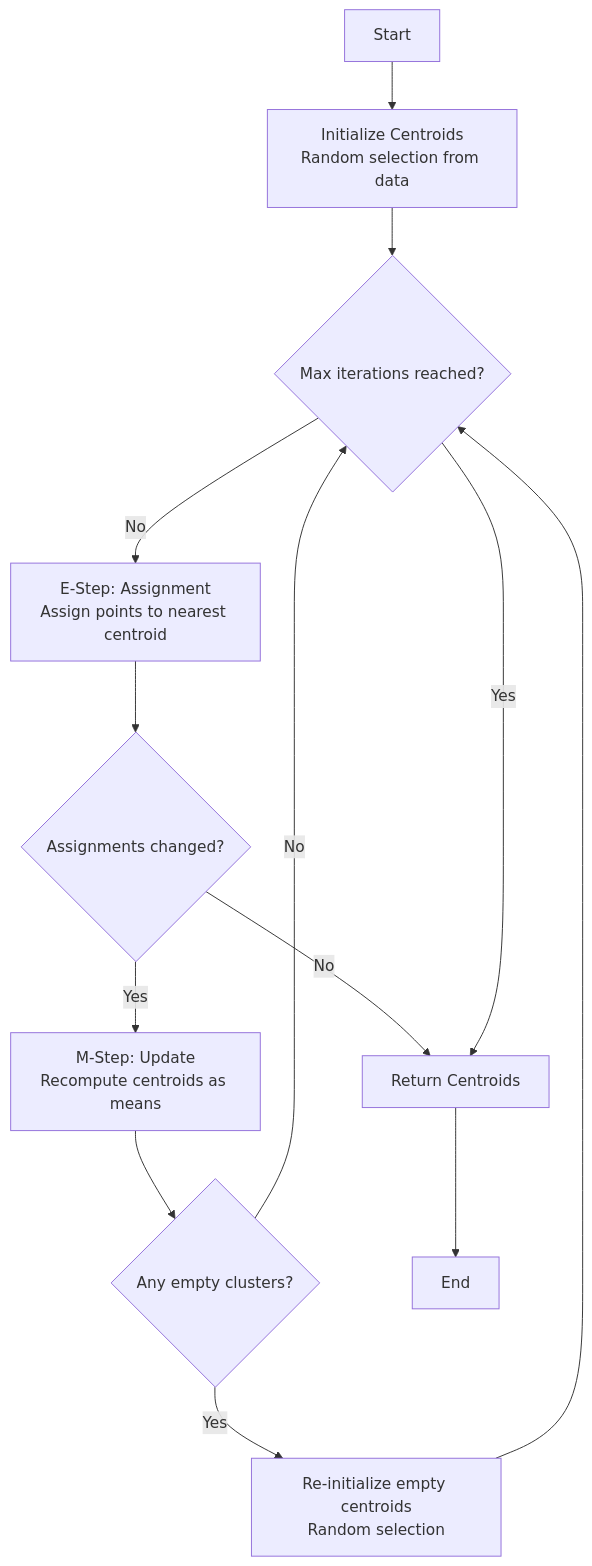
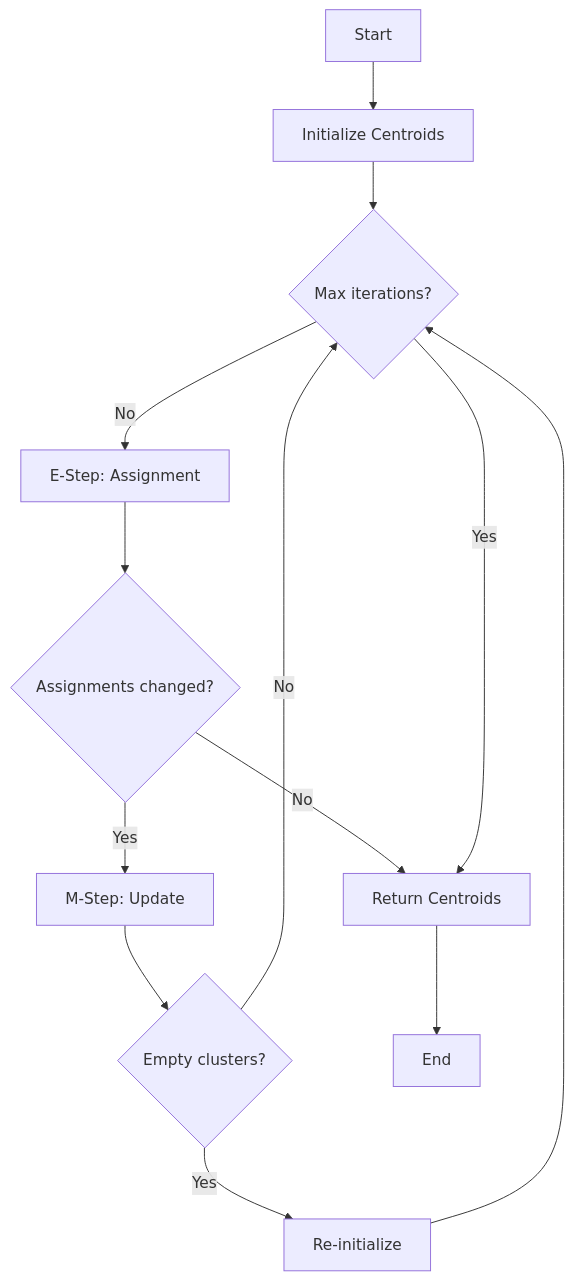
Before and after one commit to nexepic/zyx: the diagram in docs/en/algorithms/kmeans.md, drawn with Mermaid. The commit also changed other lines of this file and 21 other files, not shown here.

First line of the commit message:
fix: resolve Mermaid diagram display issues in VitePress

````diff
--- a/docs/en/algorithms/kmeans.md
+++ b/docs/en/algorithms/kmeans.md
@@ -114,15 +114,15 @@
 ```mermaid
 flowchart TD
-    A[Start] --> B[Initialize Centroids<br/>Random selection from data]
-    B --> C{Max iterations reached?}
-    C -->|No| D[E-Step: Assignment<br/>Assign points to nearest centroid]
+    A[Start] --> B[Initialize Centroids]
+    B --> C{Max iterations?}
+    C -->|No| D[E-Step: Assignment]
     D --> E{Assignments changed?}
-    E -->|Yes| F[M-Step: Update<br/>Recompute centroids as means]
+    E -->|Yes| F[M-Step: Update]
     E -->|No| G[Converged]
-    F --> H{Any empty clusters?}
-    H -->|Yes| I[Re-initialize empty centroids<br/>Random selection]
+    F --> H{Empty clusters?}
+    H -->|Yes| I[Re-initialize]
     H -->|No| C
     I --> C
     C -->|Yes| G[Return Centroids]
     G --> J[End]
 ```
````
